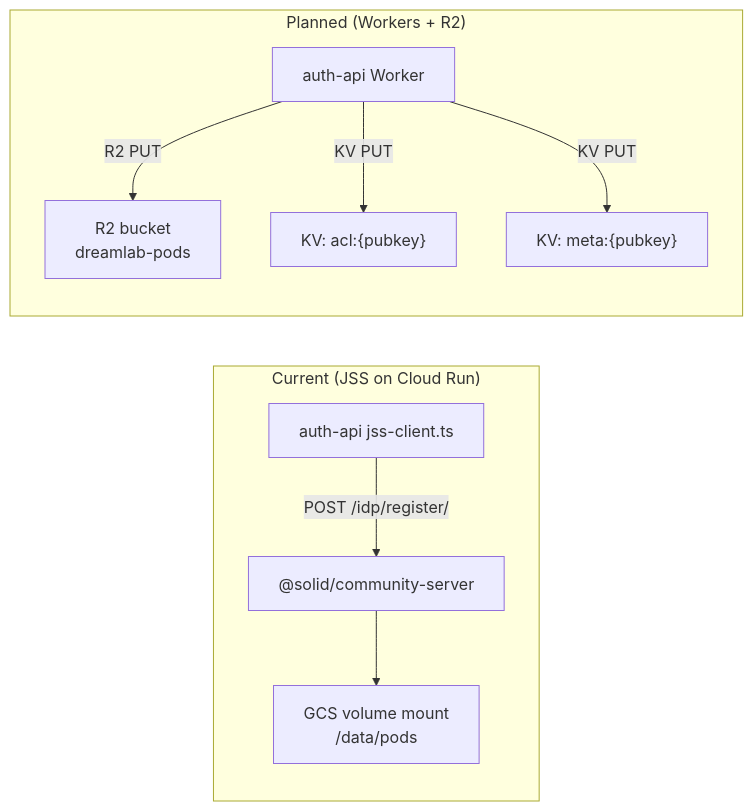
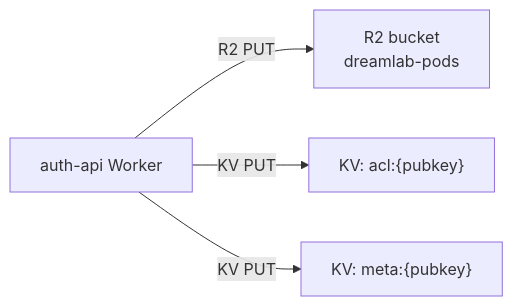
Diagram 15 of 18 in docs/architecture/DATA_FLOW.md (DreamLab-AI/dreamlab-ai-website), drawn with Mermaid before and after one commit. The commit also changed other lines of this file and 36 other files, not shown here.

First line of the commit message:
Update 37 docs files: remove GCP references, reflect Cloudflare Workers architecture

````diff
--- a/docs/architecture/DATA_FLOW.md
+++ b/docs/architecture/DATA_FLOW.md
@@ -467,22 +466,11 @@
 ```mermaid
 flowchart LR
-    subgraph Current["Current (JSS on Cloud Run)"]
-        JSSClient["auth-api jss-client.ts"]
-        CSS["@solid/community-server"]
-        GCSMount["GCS volume mount<br/>/data/pods"]
+    AuthWorker["auth-api Worker"]
+    R2Bucket["R2 bucket<br/>dreamlab-pods"]
+    KVACL["KV: acl:{pubkey}"]
+    KVMeta["KV: meta:{pubkey}"]
 
-        JSSClient -->|POST /idp/register/| CSS
-        CSS --> GCSMount
-    end
-
-    subgraph Planned["Planned (Workers + R2)"]
-        AuthWorker["auth-api Worker"]
-        R2Bucket["R2 bucket<br/>dreamlab-pods"]
-        KVACL["KV: acl:{pubkey}"]
-        KVMeta["KV: meta:{pubkey}"]
-
-        AuthWorker -->|R2 PUT| R2Bucket
-        AuthWorker -->|KV PUT| KVACL
-        AuthWorker -->|KV PUT| KVMeta
-    end
+    AuthWorker -->|R2 PUT| R2Bucket
+    AuthWorker -->|KV PUT| KVACL
+    AuthWorker -->|KV PUT| KVMeta
 ```
````
